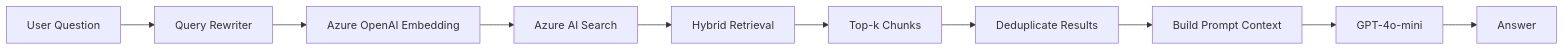
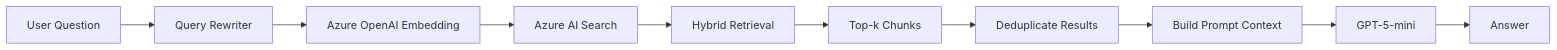
The third of 3 diagrams in README.md (dabrm/RAG_Phase2_Azure_IaC), drawn with Mermaid before and after one commit. The commit also changed other lines of this file and 2 other files, not shown here.

````diff
--- a/README.md
+++ b/README.md
@@ -182,23 +182,23 @@
 ```mermaid
 flowchart LR
 
 A[User Question]
 
 A --> B[Query Rewriter]
 
 B --> C[Azure OpenAI Embedding]
 
 C --> D[Azure AI Search]
 
 D --> E[Hybrid Retrieval]
 
 E --> F[Top-k Chunks]
 
 F --> G[Deduplicate Results]
 
 G --> H[Build Prompt Context]
 
-H --> I[GPT-4o-mini]
+H --> I[GPT-5-mini]
 
 I --> J[Answer]
 ```
````
